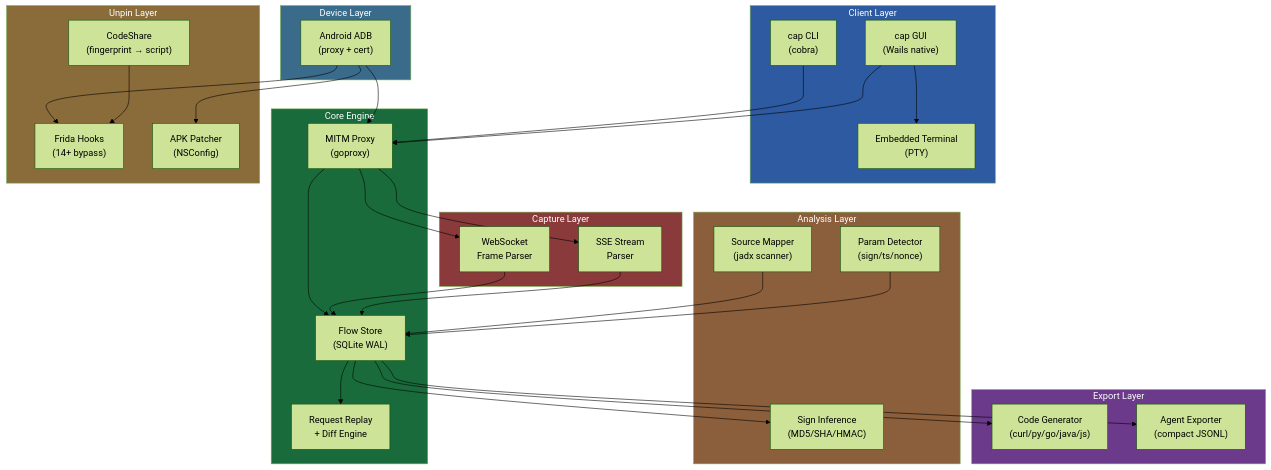
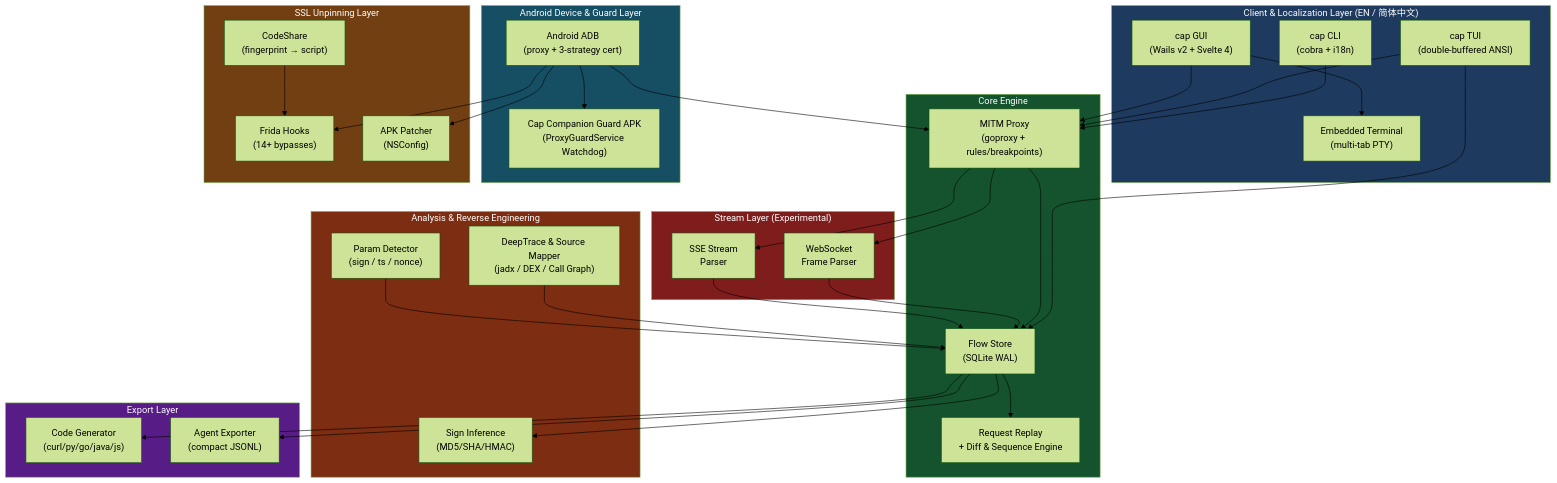
Before and after one commit to overkazaf/cap: the first of 2 diagrams in README.md, drawn with Mermaid (forest theme). The commit also changed other lines of this file and 117 other files, not shown here.

First line of the commit message:
feat: commercial-grade GUI/TUI redesign, EN/ZH i18n, Android Companion Guard APK, and updated docs

````diff
--- a/README.md
+++ b/README.md
@@ -52,67 +63,72 @@
 ```mermaid
 flowchart TB
-    subgraph Client["Client Layer"]
-        CLI["cap CLI<br/>(cobra)"]
-        GUI["cap GUI<br/>(Wails native)"]
-        TTY["Embedded Terminal<br/>(PTY)"]
+    subgraph Client["Client & Localization Layer (EN / 简体中文)"]
+        CLI["cap CLI<br/>(cobra + i18n)"]
+        TUI["cap TUI<br/>(double-buffered ANSI)"]
+        GUI["cap GUI<br/>(Wails v2 + Svelte 4)"]
+        TTY["Embedded Terminal<br/>(multi-tab PTY)"]
     end
 
     subgraph Core["Core Engine"]
-        PROXY["MITM Proxy<br/>(goproxy)"]
+        PROXY["MITM Proxy<br/>(goproxy + rules/breakpoints)"]
         STORE["Flow Store<br/>(SQLite WAL)"]
-        REPLAY["Request Replay<br/>+ Diff Engine"]
+        REPLAY["Request Replay<br/>+ Diff & Sequence Engine"]
     end
 
-    subgraph Analysis["Analysis Layer"]
+    subgraph Analysis["Analysis & Reverse Engineering"]
         SIGN["Sign Inference<br/>(MD5/SHA/HMAC)"]
-        CONTEXT["Source Mapper<br/>(jadx scanner)"]
-        DETECT["Param Detector<br/>(sign/ts/nonce)"]
+        TRACE["DeepTrace & Source Mapper<br/>(jadx / DEX / Call Graph)"]
+        DETECT["Param Detector<br/>(sign / ts / nonce)"]
     end
 
     subgraph Export["Export Layer"]
         CODEGEN["Code Generator<br/>(curl/py/go/java/js)"]
         AGENT["Agent Exporter<br/>(compact JSONL)"]
     end
 
-    subgraph Capture["Capture Layer"]
+    subgraph Capture["Stream Layer (Experimental)"]
         WS["WebSocket<br/>Frame Parser"]
         SSE["SSE Stream<br/>Parser"]
     end
 
-    subgraph Device["Device Layer"]
-        ADB["Android ADB<br/>(proxy + cert)"]
+    subgraph Device["Android Device & Guard Layer"]
+        ADB["Android ADB<br/>(proxy + 3-strategy cert)"]
+        GUARD["Cap Companion Guard APK<br/>(ProxyGuardService Watchdog)"]
     end
 
-    subgraph Unpin["Unpin Layer"]
-        FRIDA["Frida Hooks<br/>(14+ bypass)"]
+    subgraph Unpin["SSL Unpinning Layer"]
+        FRIDA["Frida Hooks<br/>(14+ bypasses)"]
         PATCH["APK Patcher<br/>(NSConfig)"]
         CODESHARE["CodeShare<br/>(fingerprint → script)"]
     end
 
     CLI --> PROXY
+    TUI --> PROXY
+    TUI --> STORE
     GUI --> PROXY
     GUI --> TTY
     PROXY --> STORE
     PROXY --> WS
     PROXY --> SSE
     WS --> STORE
     SSE --> STORE
     STORE --> CODEGEN
     STORE --> AGENT
     STORE --> SIGN
     STORE --> REPLAY
-    CONTEXT --> STORE
+    TRACE --> STORE
     DETECT --> STORE
     ADB --> PROXY
+    ADB --> GUARD
     ADB --> FRIDA
     ADB --> PATCH
     CODESHARE --> FRIDA
 
-    style Client fill:#2d5aa0,color:#fff
-    style Core fill:#1a6b3c,color:#fff
-    style Analysis fill:#8b5e3c,color:#fff
-    style Export fill:#6b3a8a,color:#fff
-    style Capture fill:#8a3a3a,color:#fff
-    style Device fill:#3a6b8a,color:#fff
-    style Unpin fill:#8a6b3a,color:#fff
+    style Client fill:#1e3a5f,color:#fff
+    style Core fill:#14532d,color:#fff
+    style Analysis fill:#7c2d12,color:#fff
+    style Export fill:#581c87,color:#fff
+    style Capture fill:#7f1d1d,color:#fff
+    style Device fill:#164e63,color:#fff
+    style Unpin fill:#713f12,color:#fff
 ```
````
